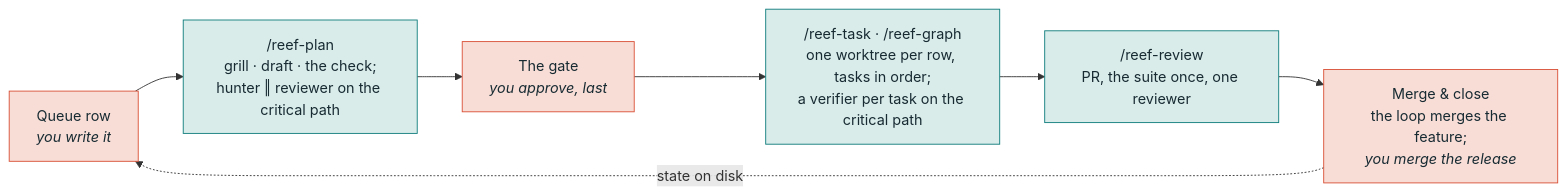
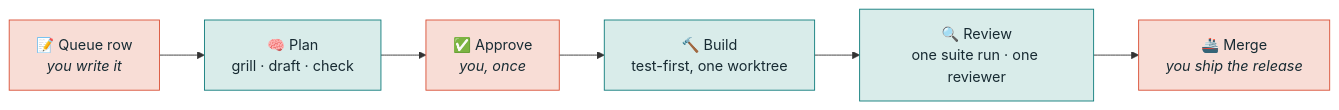
One commit to MahmoudMoe/reef changed the diagram in README.md. Above: the diagram before and after it, drawn with Mermaid. The commit also changed other lines of this file and 7 other files, not shown here.

````diff
--- a/README.md
+++ b/README.md
@@ -186,13 +95,12 @@
 ```mermaid
 flowchart LR
-    Q["Queue row<br/><i>you write it</i>"] --> P["/reef-plan<br/>grill · draft · the check;<br/>hunter ‖ reviewer on the critical path"]
-    P --> R["The gate<br/><i>you approve, last</i>"]
-    R --> T["/reef-task · /reef-graph<br/>one worktree per row, tasks in order;<br/>a verifier per task on the critical path"]
-    T --> V["/reef-review<br/>PR, the suite once, one reviewer"]
-    V --> M["Merge &amp; close<br/>the loop merges the feature;<br/><i>you merge the release</i>"]
-    M -.->|"state on disk"| Q
+    Q["📝 Queue row<br/><i>you write it</i>"] --> P["🧠 Plan<br/>grill · draft · check"]
+    P --> R["✅ Approve<br/><i>you, once</i>"]
+    R --> T["🔨 Build<br/>test-first, one worktree"]
+    T --> V["🔍 Review<br/>one suite run · one reviewer"]
+    V --> M["🚢 Merge<br/><i>you ship the release</i>"]
     classDef you fill:#F8DDD6,stroke:#D94F35,color:#182B33
     classDef code fill:#D9ECEA,stroke:#0E7C7B,color:#182B33
     class Q,R,M you
     class P,T,V code
 ```
````
